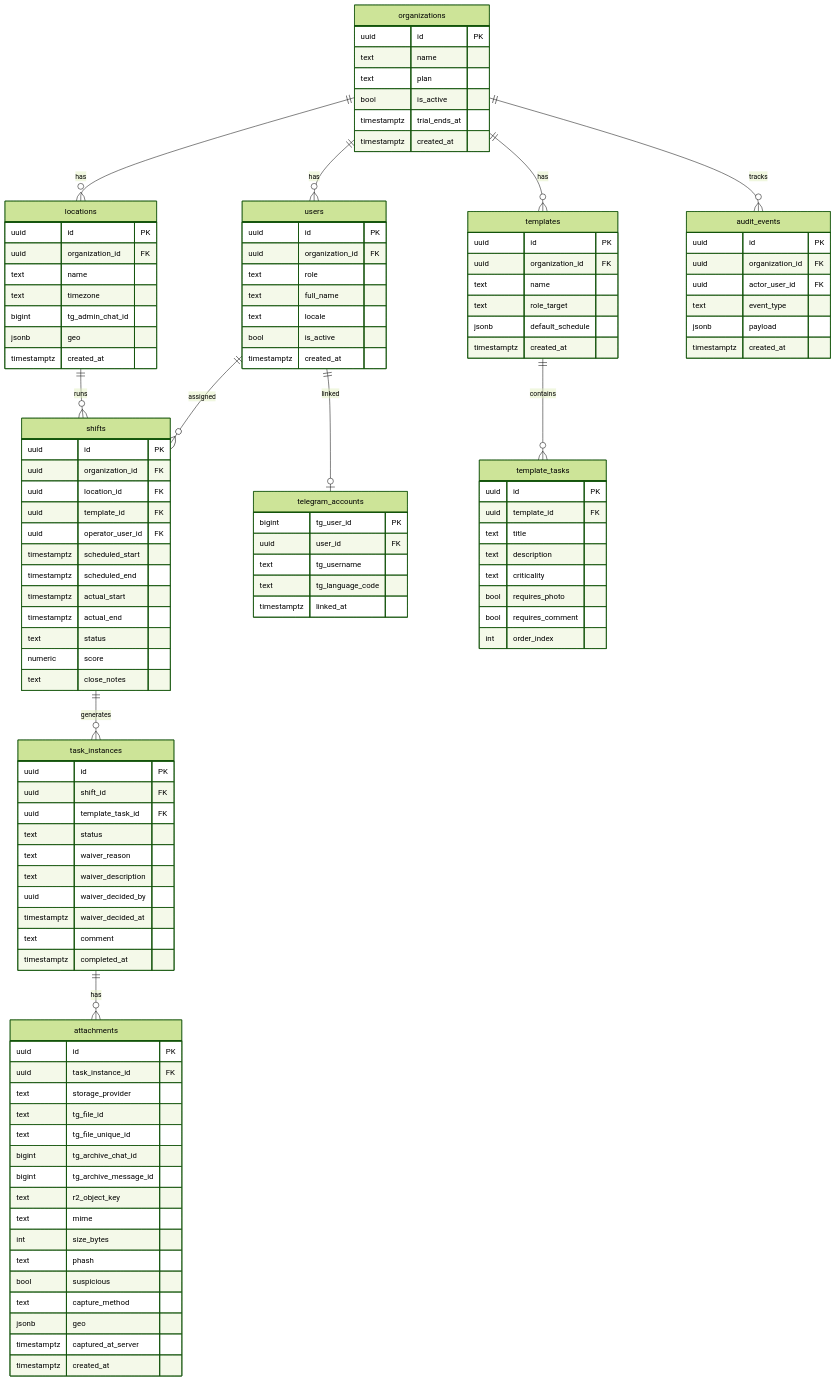
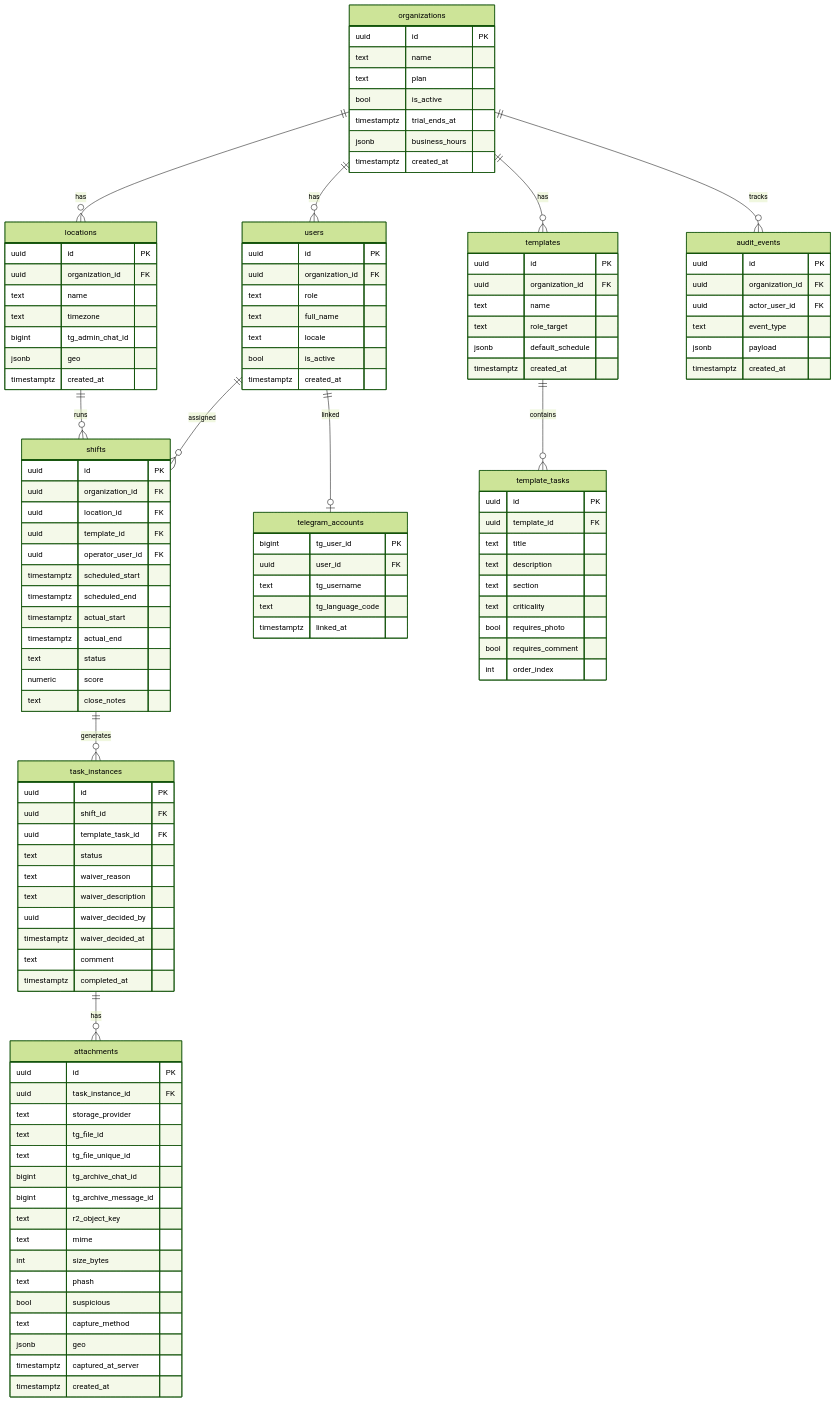
The diagram in docs/DATABASE_SCHEMA.md (Temirlan200270/ShiftOps), drawn with Mermaid (forest theme) before and after one commit. The commit also changed other lines of this file and 58 other files, not shown here.

```diff
--- a/docs/DATABASE_SCHEMA.md
+++ b/docs/DATABASE_SCHEMA.md
@@ -23,6 +23,7 @@
         text plan
         bool is_active
         timestamptz trial_ends_at
+        jsonb business_hours
         timestamptz created_at
     }
     locations {
@@ -63,6 +64,7 @@
         uuid template_id FK
         text title
         text description
+        text section
         text criticality
         bool requires_photo
         bool requires_comment
```
